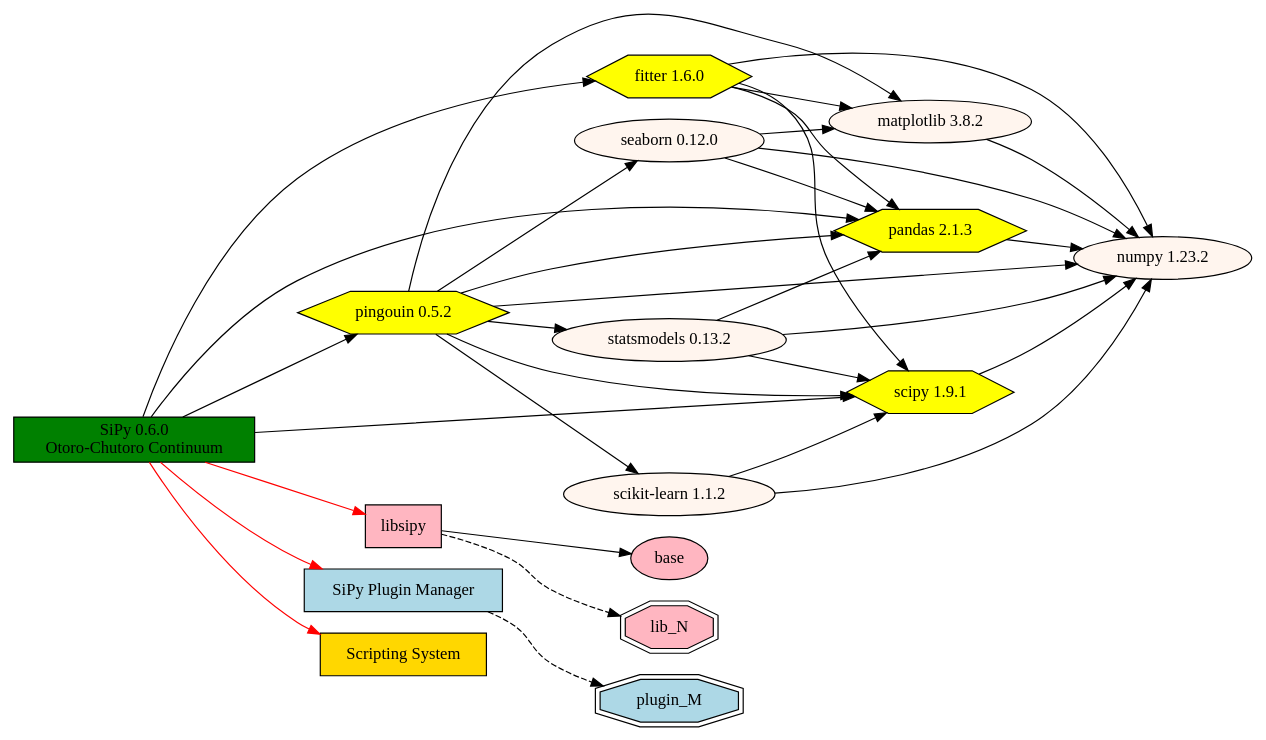
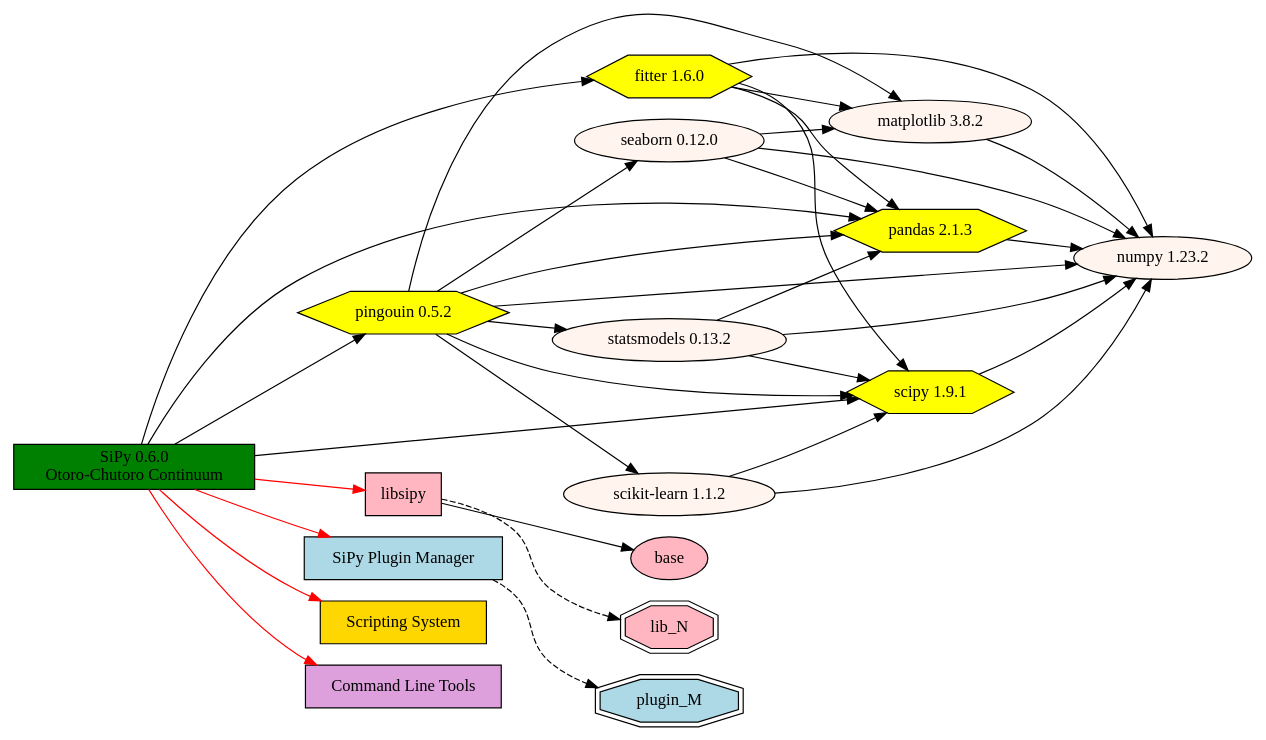
Before and after one commit to mauriceling/sipy: the diagram in manuscript/dependency.dot, drawn with Graphviz. The commit also changed 1 other file, not shown here.

```diff
--- a/manuscript/dependency.dot
+++ b/manuscript/dependency.dot
@@ -1,47 +1,54 @@
 digraph {
         rankdir = LR
         
         SiPy [shape="rectangle" label="SiPy 0.6.0\nOtoro-Chutoro Continuum" fillcolor=green style=filled]
         
         subgraph packages {
         fitter [label="fitter 1.6.0" fillcolor=yellow style=filled shape=hexagon]
         matplotlib [label="matplotlib 3.8.2" fillcolor=seashell style=filled]
         numpy [label="numpy 1.23.2" fillcolor=seashell style=filled]
         pandas [label="pandas 2.1.3" fillcolor=yellow style=filled shape=hexagon]
         pingouin [label="pingouin 0.5.2" fillcolor=yellow style=filled shape=hexagon]
         seaborn [label="seaborn 0.12.0" fillcolor=seashell style=filled]
         scipy [label="scipy 1.9.1" fillcolor=yellow style=filled shape=hexagon]
         "scikit-learn" [label="scikit-learn 1.1.2" fillcolor=seashell style=filled]
         statsmodels [label="statsmodels 0.13.2" fillcolor=seashell style=filled]
         
         SiPy -> {fitter pandas pingouin scipy}
         fitter -> {matplotlib numpy pandas scipy}
         matplotlib -> numpy
         pandas -> numpy
         pingouin -> {"scikit-learn" matplotlib numpy pandas scipy seaborn statsmodels}
         seaborn -> {matplotlib numpy pandas}
         scipy -> numpy
         "scikit-learn" -> {numpy scipy}
         statsmodels -> {numpy pandas scipy}
         }
         
         subgraph library {
         libsipy [shape="rectangle" label="libsipy" fillcolor=lightpink style=filled]
         base [fillcolor=lightpink style=filled]
         lib_N [fillcolor=lightpink style=filled shape=doubleoctagon]
         SiPy -> libsipy [color=red]
         libsipy -> base 
         libsipy -> lib_N [style=dashed]
         }
         
         subgraph plugin {
         SPM [shape="rectangle" label="SiPy Plugin Manager" fillcolor=lightblue style=filled]
         SiPy -> SPM [color=red]
         plugin_M [fillcolor=lightblue style=filled shape=doubleoctagon]
         SPM -> plugin_M [style=dashed]
         }
         
+        subgraph scripting {
         script_engine [shape="rectangle" label="Scripting System" fillcolor=gold style=filled]
         SiPy -> script_engine [color=red]
+        }
+        
+        subgraph cmdtools {
+        cmd [shape="rectangle" label="Command Line Tools" fillcolor=plum style=filled]
+        SiPy -> cmd [color=red]
+        }
     
 }
```
